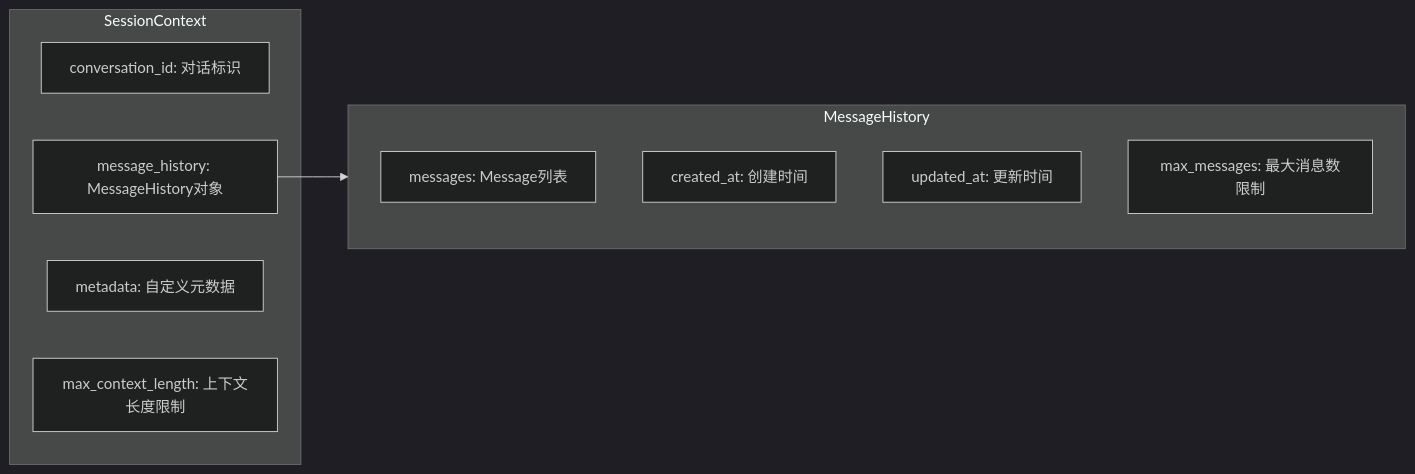
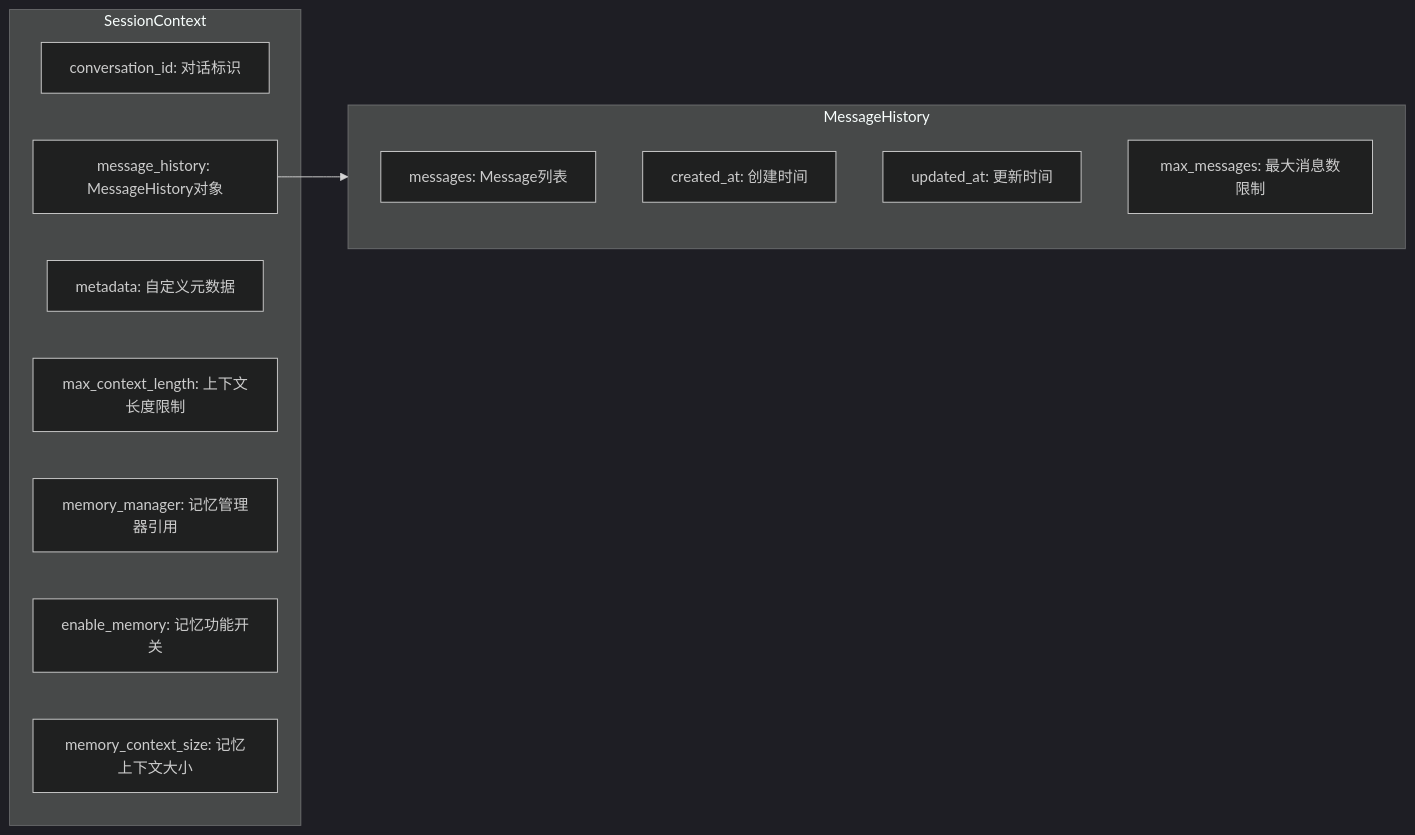
The fourth of 4 diagrams in src/agent/ARCHITECTURE.md (yarnovo/AgenticZero), drawn with Mermaid (dark theme) before and after one commit. The commit also changed other lines of this file and 16 other files, not shown here.

````diff
--- a/src/agent/ARCHITECTURE.md
+++ b/src/agent/ARCHITECTURE.md
@@ -190,18 +221,21 @@
 ```mermaid
 graph LR
     subgraph SessionContext
         A1[conversation_id: 对话标识]
         A2[message_history: MessageHistory对象]
         A3[metadata: 自定义元数据]
         A4[max_context_length: 上下文长度限制]
+        A5[memory_manager: 记忆管理器引用]
+        A6[enable_memory: 记忆功能开关]
+        A7[memory_context_size: 记忆上下文大小]
     end
     
     subgraph MessageHistory
         B1[messages: Message列表]
         B2[created_at: 创建时间]
         B3[updated_at: 更新时间]
         B4[max_messages: 最大消息数限制]
     end
     
     A2 --> MessageHistory
 ```
````
